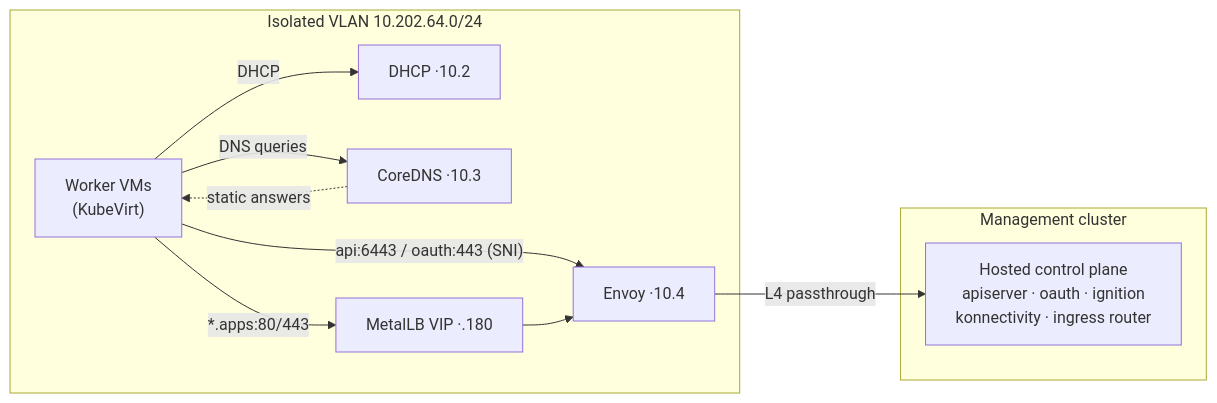
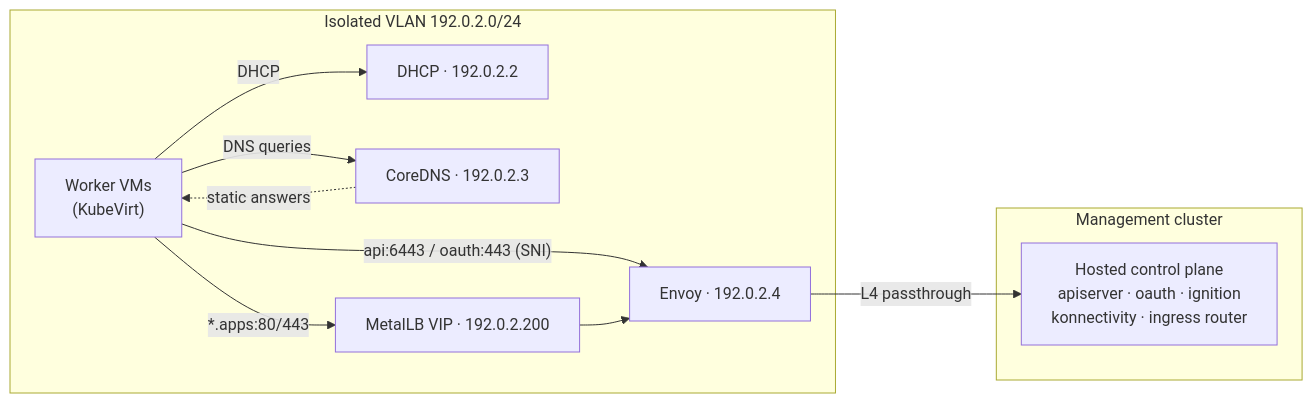
One commit to cldmnky/oooi changed the diagram in website/docs/index.md. Above: the diagram before and after it, drawn with Mermaid. The commit also changed other lines of this file and 17 other files, not shown here.

````diff
--- a/website/docs/index.md
+++ b/website/docs/index.md
@@ -103,20 +95,20 @@
 ```mermaid
 flowchart LR
-    subgraph VLAN["Isolated VLAN 10.202.64.0/24"]
+    subgraph VLAN["Isolated VLAN 192.0.2.0/24"]
         W["Worker VMs<br/>(KubeVirt)"]
-        D["DHCP ·10.2"]
-        N["CoreDNS ·10.3"]
-        P["Envoy ·10.4"]
-        V["MetalLB VIP ·.180"]
+        D["DHCP · 192.0.2.2"]
+        N["CoreDNS · 192.0.2.3"]
+        P["Envoy · 192.0.2.4"]
+        V["MetalLB VIP · 192.0.2.200"]
     end
     subgraph MGMT["Management cluster"]
         HCP["Hosted control plane<br/>apiserver · oauth · ignition<br/>konnectivity · ingress router"]
     end
     W -->|DHCP| D
     W -->|DNS queries| N
     W -->|"api:6443 / oauth:443 (SNI)"| P
     W -->|"*.apps:80/443"| V
     P -->|L4 passthrough| HCP
     V --> P
     N -.->|static answers| W
 ```
````
